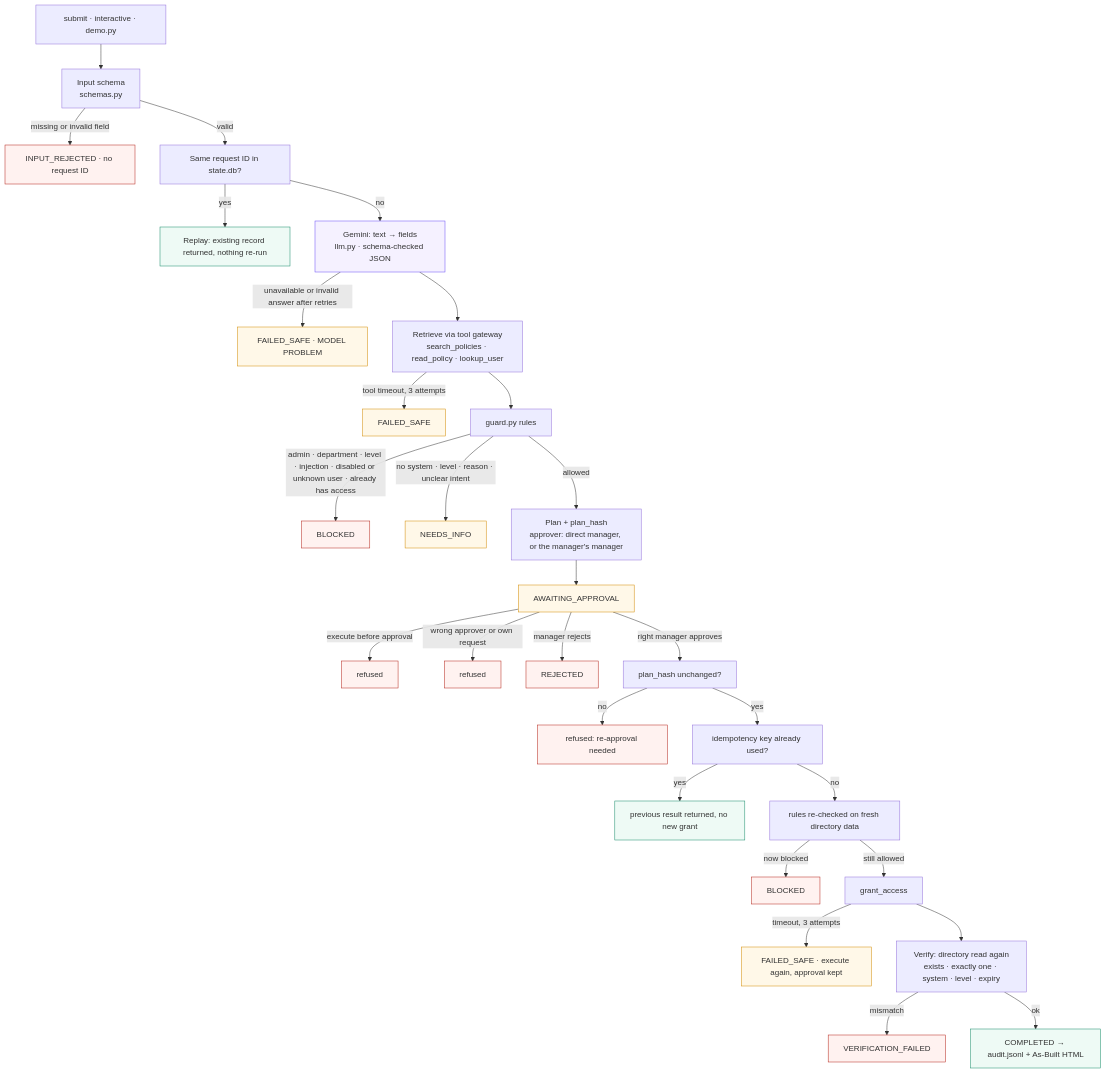
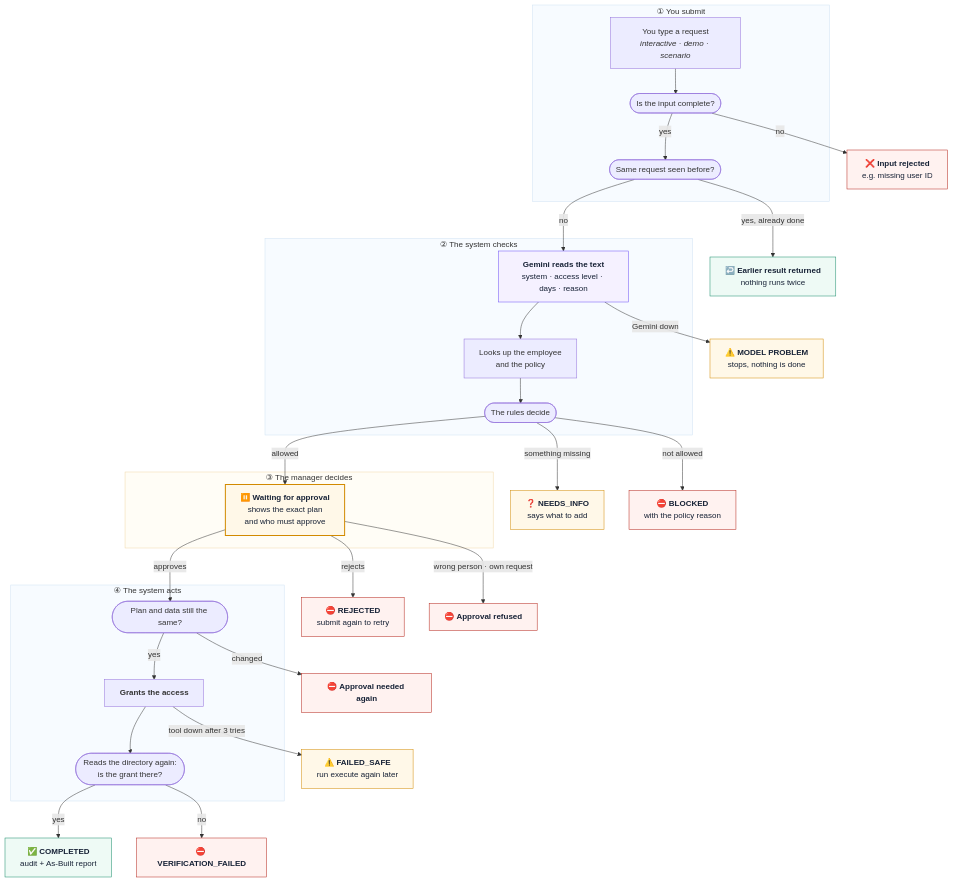
One commit to ofriimor/access-request-assistant changed the diagram in README.md. Above: the diagram before and after it, drawn with Mermaid. The commit also changed other lines of this file and 1 other file, not shown here.

First line of the commit message:
README: shorter, clearer flow diagram, no test-count badge

````diff
--- a/README.md
+++ b/README.md
@@ -249,39 +54,50 @@
 ```mermaid
 flowchart TD
-    A["submit · interactive · demo.py"] --> B["Input schema<br/>schemas.py"]
-    B -->|missing or invalid field| R1["INPUT_REJECTED · no request ID"]
-    B -->|valid| C["Same request ID in state.db?"]
-    C -->|yes| RP["Replay: existing record returned, nothing re-run"]
-    C -->|no| D["Gemini: text → fields<br/>llm.py · schema-checked JSON"]
-    D -->|unavailable or invalid answer after retries| FS1["FAILED_SAFE · MODEL PROBLEM"]
-    D --> E["Retrieve via tool gateway<br/>search_policies · read_policy · lookup_user"]
-    E -->|tool timeout, 3 attempts| FS2["FAILED_SAFE"]
-    E --> G["guard.py rules"]
-    G -->|"admin · department · level · injection · disabled or unknown user · already has access"| BL["BLOCKED"]
-    G -->|"no system · level · reason · unclear intent"| NI["NEEDS_INFO"]
-    G -->|allowed| P["Plan + plan_hash<br/>approver: direct manager, or the manager's manager"]
-    P --> W["AWAITING_APPROVAL"]
-    W -->|execute before approval| X1["refused"]
-    W -->|wrong approver or own request| X2["refused"]
-    W -->|manager rejects| RJ["REJECTED"]
-    W -->|right manager approves| H["plan_hash unchanged?"]
-    H -->|no| X3["refused: re-approval needed"]
-    H -->|yes| I["idempotency key already used?"]
-    I -->|yes| K["previous result returned, no new grant"]
-    I -->|no| J["rules re-checked on fresh directory data"]
-    J -->|now blocked| BL2["BLOCKED"]
-    J -->|still allowed| T["grant_access"]
-    T -->|timeout, 3 attempts| FS3["FAILED_SAFE · execute again, approval kept"]
-    T --> V["Verify: directory read again<br/>exists · exactly one · system · level · expiry"]
-    V -->|mismatch| VF["VERIFICATION_FAILED"]
-    V -->|ok| OK["COMPLETED → audit.jsonl + As-Built HTML"]
+    subgraph S1["① You submit"]
+        A["You type a request<br/><i>interactive · demo · scenario</i>"] --> B(["Is the input complete?"])
+        B -->|yes| C(["Same request seen before?"])
+    end
+    B -->|no| X1["❌ <b>Input rejected</b><br/>e.g. missing user ID"]
+    C -->|"yes, already done"| X2["↩️ <b>Earlier result returned</b><br/>nothing runs twice"]
+    C -->|no| D
 
-    classDef stop fill:#fff2f0,stroke:#b42318
-    classDef wait fill:#fff8e8,stroke:#d28a00
-    classDef ok fill:#eefaf5,stroke:#168b68
-    classDef llm fill:#f5f1ff,stroke:#6a4df5
-    class R1,BL,BL2,RJ,X1,X2,X3,VF stop
-    class NI,FS1,FS2,FS3,W wait
-    class OK,K,RP ok
+    subgraph S2["② The system checks"]
+        D["<b>Gemini reads the text</b><br/>system · access level · days · reason"] --> E["Looks up the employee<br/>and the policy"]
+        E --> F(["The rules decide"])
+    end
+    D -->|Gemini down| X3["⚠️ <b>MODEL PROBLEM</b><br/>stops, nothing is done"]
+    F -->|something missing| X4["❓ <b>NEEDS_INFO</b><br/>says what to add"]
+    F -->|not allowed| X5["⛔ <b>BLOCKED</b><br/>with the policy reason"]
+    F -->|allowed| G
+
+    subgraph S3["③ The manager decides"]
+        G["⏸️ <b>Waiting for approval</b><br/>shows the exact plan<br/>and who must approve"]
+    end
+    G -->|rejects| X6["⛔ <b>REJECTED</b><br/>submit again to retry"]
+    G -->|"wrong person · own request"| X7["⛔ <b>Approval refused</b>"]
+    G -->|approves| I
+
+    subgraph S4["④ The system acts"]
+        I(["Plan and data still the same?"]) -->|yes| J["<b>Grants the access</b>"]
+        J --> K(["Reads the directory again:<br/>is the grant there?"])
+    end
+    I -->|changed| X8["⛔ <b>Approval needed again</b>"]
+    J -->|"tool down after 3 tries"| X9["⚠️ <b>FAILED_SAFE</b><br/>run execute again later"]
+    K -->|yes| OK["✅ <b>COMPLETED</b><br/>audit + As-Built report"]
+    K -->|no| X10["⛔ <b>VERIFICATION_FAILED</b>"]
+
+    classDef stop fill:#fff2f0,stroke:#b42318,color:#172236
+    classDef warn fill:#fff8e8,stroke:#d28a00,color:#172236
+    classDef ok fill:#eefaf5,stroke:#168b68,color:#172236
+    classDef llm fill:#f5f1ff,stroke:#6a4df5,color:#172236
+    classDef human fill:#fff8e8,stroke:#d28a00,stroke-width:2px,color:#172236
+    class X1,X5,X6,X7,X8,X10 stop
+    class X3,X4,X9 warn
+    class OK,X2 ok
     class D llm
+    class G human
+    style S1 fill:#f7fbff,stroke:#cfe2f3
+    style S2 fill:#f7fbff,stroke:#cfe2f3
+    style S3 fill:#fffdf6,stroke:#f0d7a8
+    style S4 fill:#f7fbff,stroke:#cfe2f3
 ```
````
